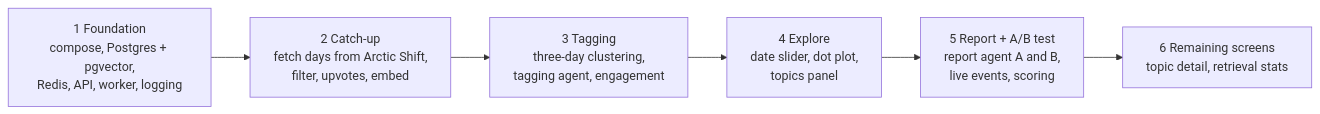
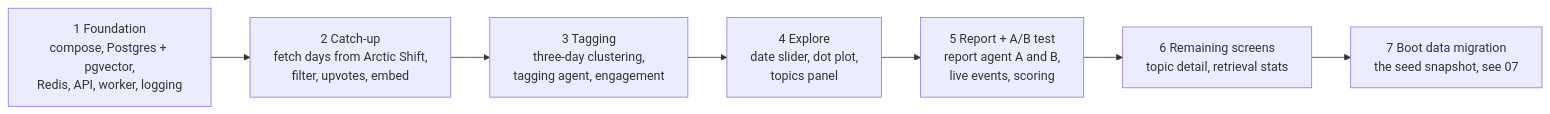
The diagram in docs/atlas/06-build-order.md (brianaderer/transcendent), drawn with Mermaid before and after one commit. The commit also changed other lines of this file and 4 other files, not shown here.

Commit message:
Atlas: OPEN-35 and 36 resolved: the seed is one migration written last, a point-in-time snapshot, and the app stays live after it; 06 gains step 7; OPEN-37 left open

````diff
--- a/docs/atlas/06-build-order.md
+++ b/docs/atlas/06-build-order.md
@@ -9,10 +9,11 @@
 ```mermaid
 flowchart LR
     S1["1 Foundation<br/>compose, Postgres + pgvector,<br/>Redis, API, worker, logging"]
     S2["2 Catch-up<br/>fetch days from Arctic Shift,<br/>filter, upvotes, embed"]
     S3["3 Tagging<br/>three-day clustering,<br/>tagging agent, engagement"]
     S4["4 Explore<br/>date slider, dot plot,<br/>topics panel"]
     S5["5 Report + A/B test<br/>report agent A and B,<br/>live events, scoring"]
     S6["6 Remaining screens<br/>topic detail, retrieval stats"]
-    S1 --> S2 --> S3 --> S4 --> S5 --> S6
+    S7["7 Boot data migration<br/>the seed snapshot, see 07"]
+    S1 --> S2 --> S3 --> S4 --> S5 --> S6 --> S7
 ```
````
